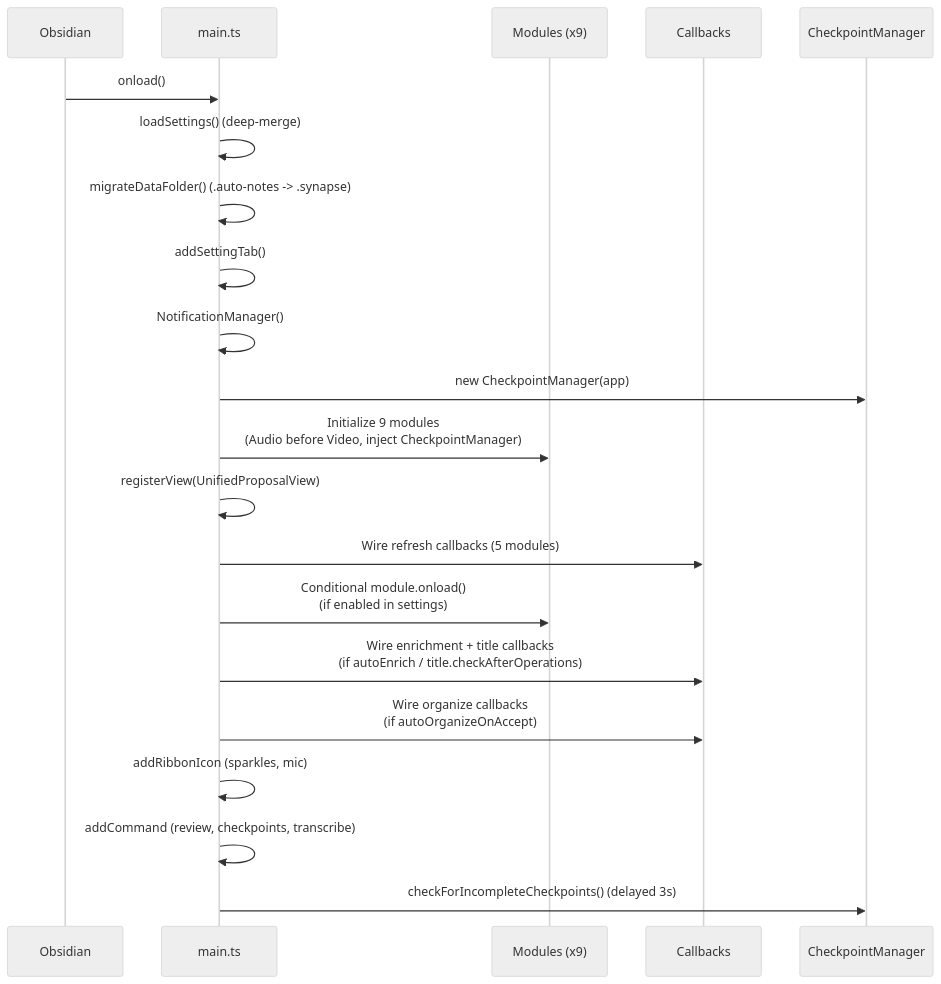
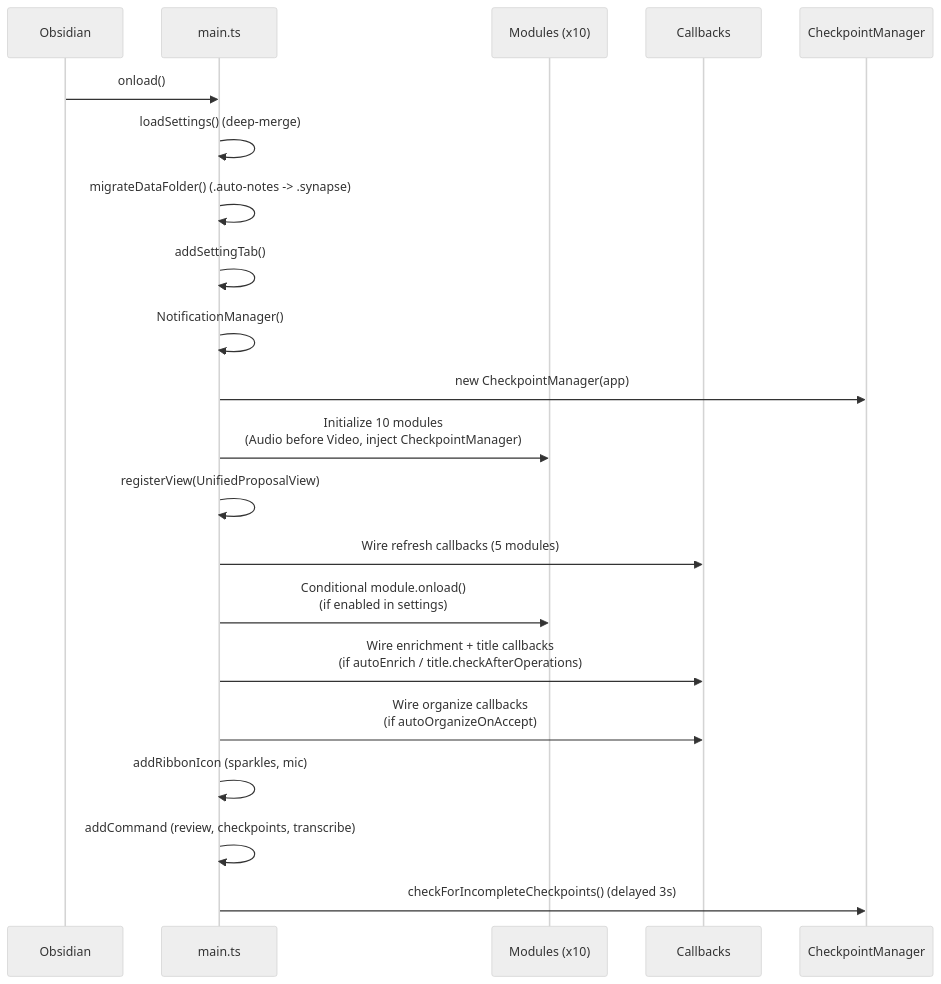
Before and after one commit to dustinkeeton/obsidian-synapse: the third of 9 diagrams in ARCHITECTURE.md, drawn with Mermaid (neutral theme). The commit also changed other lines of this file and 21 other files, not shown here.

````diff
--- a/ARCHITECTURE.md
+++ b/ARCHITECTURE.md
@@ -217,24 +236,24 @@
 ```mermaid
 sequenceDiagram
     participant O as Obsidian
     participant M as main.ts
-    participant Mod as Modules (x9)
+    participant Mod as Modules (x10)
     participant CB as Callbacks
     participant CK as CheckpointManager
 
     O->>M: onload()
     M->>M: loadSettings() (deep-merge)
     M->>M: migrateDataFolder() (.auto-notes -> .synapse)
     M->>M: addSettingTab()
     M->>M: NotificationManager()
     M->>CK: new CheckpointManager(app)
-    M->>Mod: Initialize 9 modules<br/>(Audio before Video, inject CheckpointManager)
+    M->>Mod: Initialize 10 modules<br/>(Audio before Video, inject CheckpointManager)
     M->>M: registerView(UnifiedProposalView)
     M->>CB: Wire refresh callbacks (5 modules)
     M->>Mod: Conditional module.onload()<br/>(if enabled in settings)
     M->>CB: Wire enrichment + title callbacks<br/>(if autoEnrich / title.checkAfterOperations)
     M->>CB: Wire organize callbacks<br/>(if autoOrganizeOnAccept)
     M->>M: addRibbonIcon (sparkles, mic)
     M->>M: addCommand (review, checkpoints, transcribe)
     M->>CK: checkForIncompleteCheckpoints() (delayed 3s)
 ```
````
